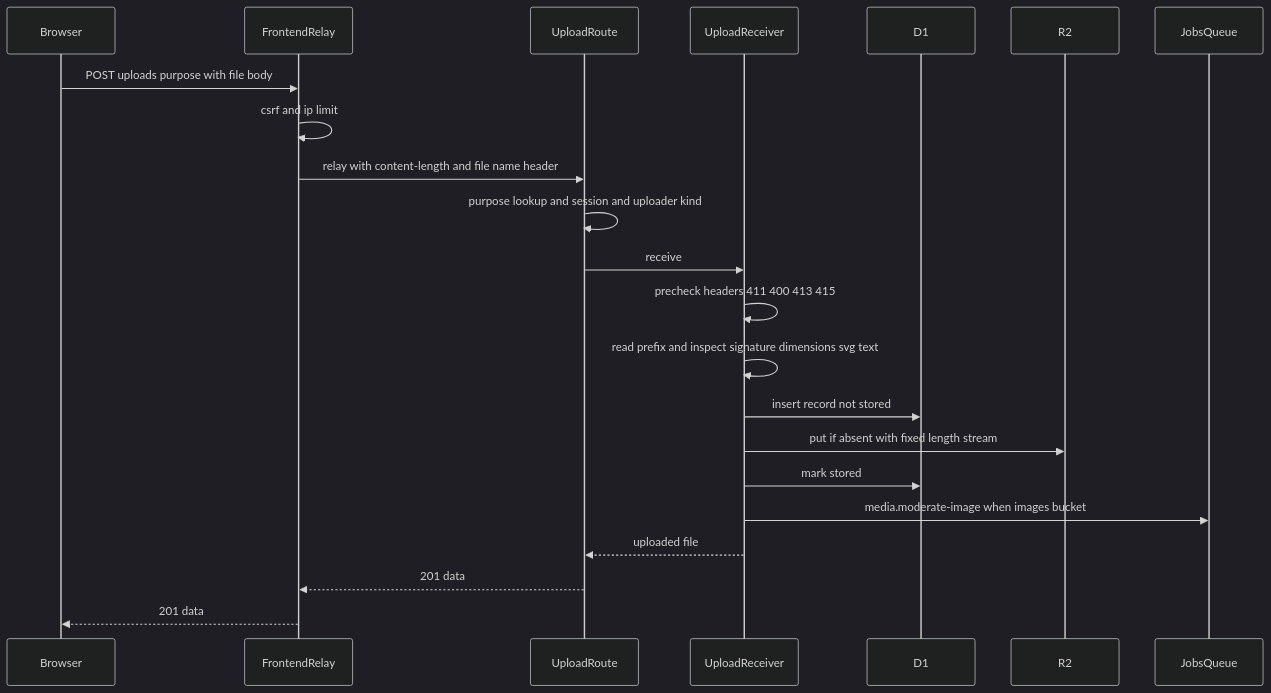
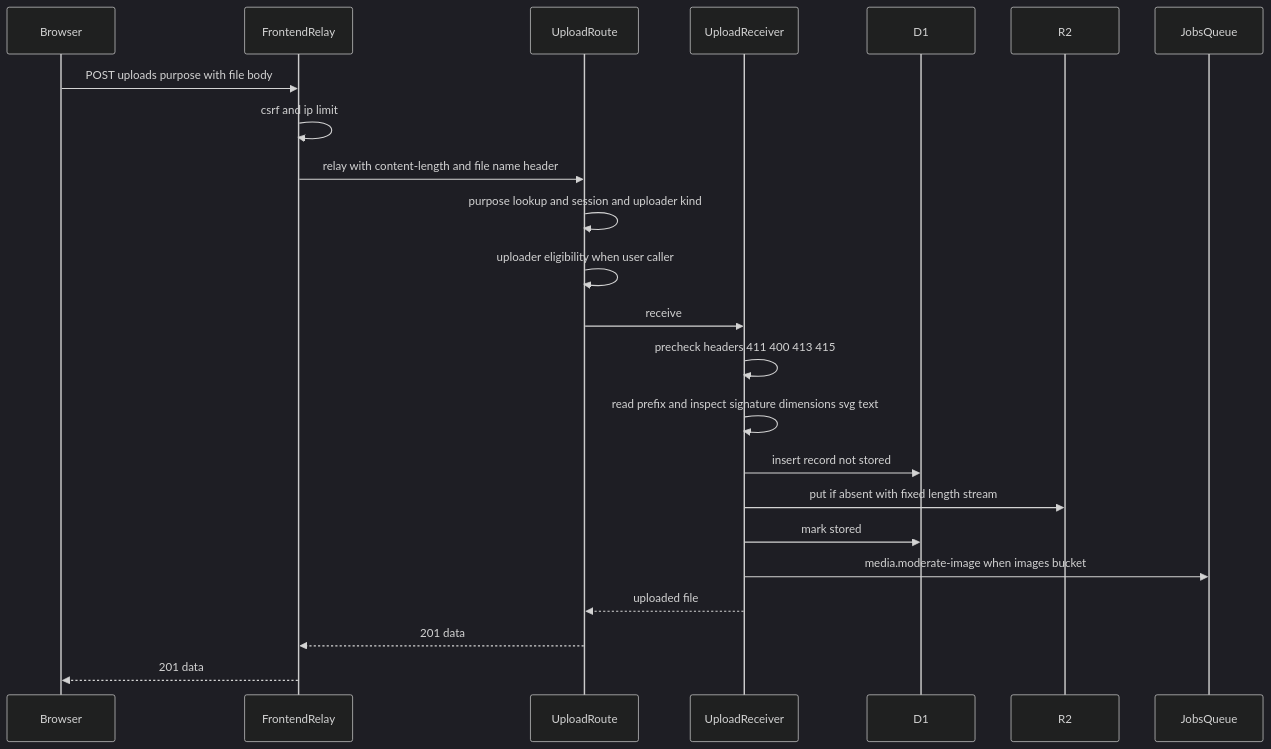
The second of 7 diagrams in .kiro/specs/media-pipeline/design.md (kurachiweb/genai-example-2-launch-platform), drawn with Mermaid (dark theme) before and after one commit. The commit also changed other lines of this file and 4 other files, not shown here.

````diff
--- a/.kiro/specs/media-pipeline/design.md
+++ b/.kiro/specs/media-pipeline/design.md
@@ -337,24 +350,25 @@
 ```mermaid
 sequenceDiagram
     participant B as Browser
     participant F as FrontendRelay
     participant R as UploadRoute
     participant U as UploadReceiver
     participant D as D1
     participant S as R2
     participant Q as JobsQueue
     B->>F: POST uploads purpose with file body
     F->>F: csrf and ip limit
     F->>R: relay with content-length and file name header
     R->>R: purpose lookup and session and uploader kind
+    R->>R: uploader eligibility when user caller
     R->>U: receive
     U->>U: precheck headers 411 400 413 415
     U->>U: read prefix and inspect signature dimensions svg text
     U->>D: insert record not stored
     U->>S: put if absent with fixed length stream
     U->>D: mark stored
     U->>Q: media.moderate-image when images bucket
     U-->>R: uploaded file
     R-->>F: 201 data
     F-->>B: 201 data
 ```
````
